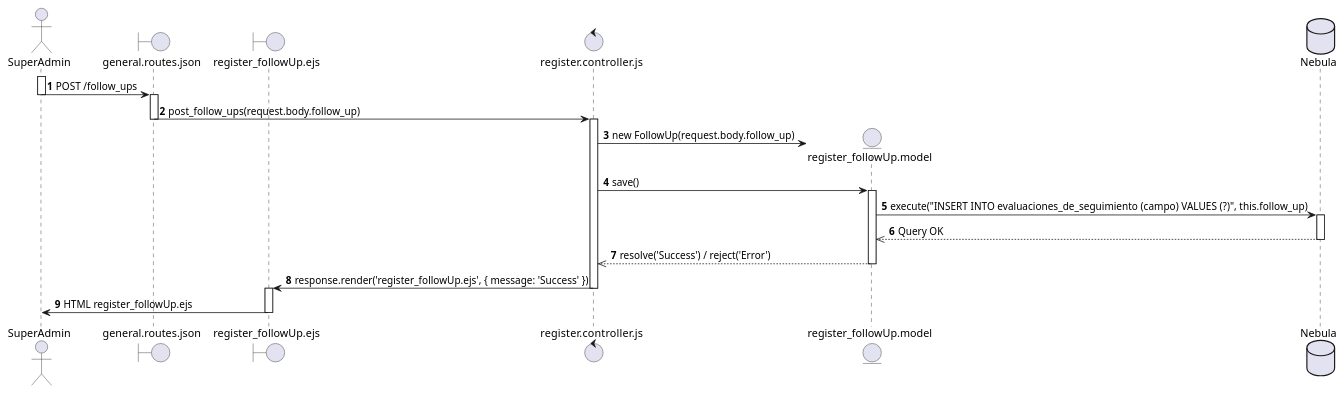
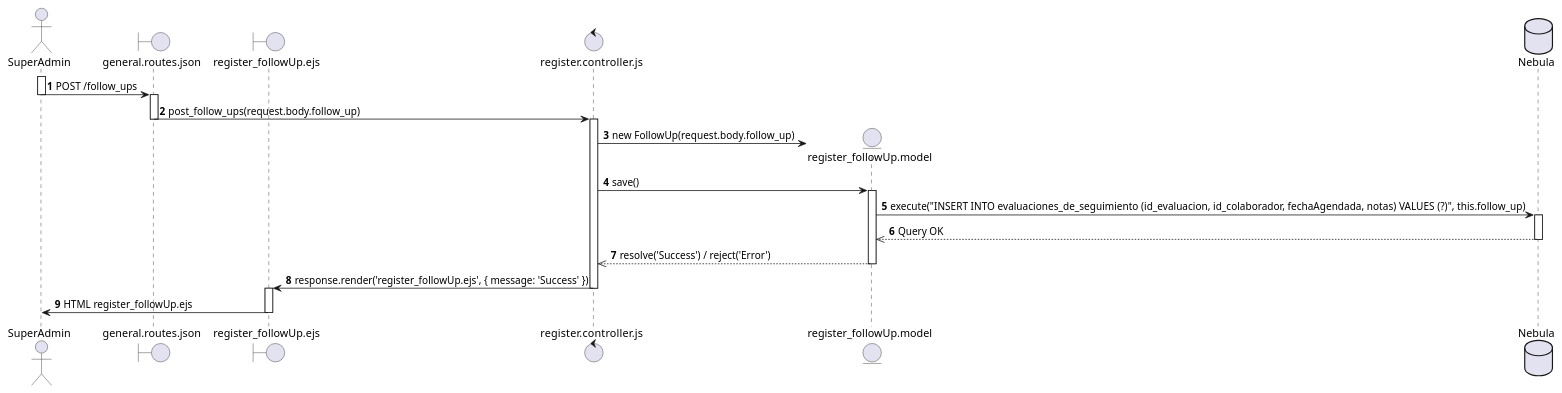
The diagram in diagramas_secuencia/req26_register_followUp.puml (SALV19/Nebula_tc2005b), drawn with PlantUML before and after one commit.

Commit message:
[ADD] sequence diagram

```diff
--- a/diagramas_secuencia/req26_register_followUp.puml
+++ b/diagramas_secuencia/req26_register_followUp.puml
@@ -1,40 +1,40 @@
 @startuml REQ_26
 autonumber
 actor SuperAdmin as S
 boundary general.routes.json as Route
 boundary register_followUp.ejs as Register
 control register.controller.js as SController
 entity register_followUp.model as SModel
 database Nebula as db
 
-' ---- REGISTRAR SEGUIMIENTO ----
+' ---- REGISTER FOLLOW UP ----
 activate S
 S -> Route : POST /follow_ups
 deactivate S
 
 activate Route
 Route -> SController : post_follow_ups(request.body.follow_up)
 deactivate Route
 
 activate SController
 create SModel 
 SController -> SModel: new FollowUp(request.body.follow_up)
 SController -> SModel : save()
 
 activate SModel
-SModel -> db : execute("INSERT INTO evaluaciones_de_seguimiento (campo) VALUES (?)", this.follow_up)
+SModel -> db : execute("INSERT INTO evaluaciones_de_seguimiento (id_evaluacion, id_colaborador, fechaAgendada, notas) VALUES (?)", this.follow_up)
 activate db
 db -->> SModel : Query OK
 deactivate db
 
 SModel -->> SController : resolve('Success') / reject('Error')
 deactivate SModel
 
 SController -> Register : response.render('register_followUp.ejs', { message: 'Success' })
 deactivate SController
 
 activate Register
 Register -> S : HTML register_followUp.ejs
 deactivate Register
 
 @enduml
```
